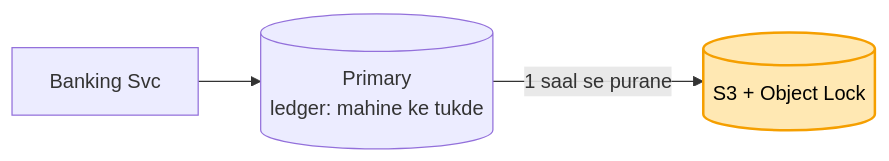
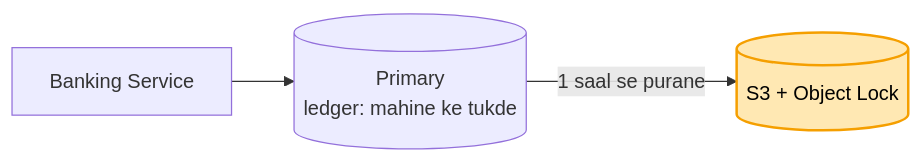
The tenth of 10 diagrams in 04_HLD/SYSTEM_DESIGNS/13_banking_system/13_banking_system.md (ArpanMaheshwari144/Prep), drawn with Mermaid before and after one commit. The commit also changed other lines of this file and 8 other files, not shown here.

````diff
--- a/04_HLD/SYSTEM_DESIGNS/13_banking_system/13_banking_system.md
+++ b/04_HLD/SYSTEM_DESIGNS/13_banking_system/13_banking_system.md
@@ -367,6 +367,6 @@
 ```mermaid
 flowchart LR
-    S["Banking Svc"] --> P[("Primary<br/>ledger: mahine ke tukde")]
+    S["Banking Service"] --> P[("Primary<br/>ledger: mahine ke tukde")]
     P -- "1 saal se purane" --> S3[("S3 + Object Lock")]
     style S3 fill:#ffe8b3,stroke:#f59f00,stroke-width:2px,color:#000
 ```
````
